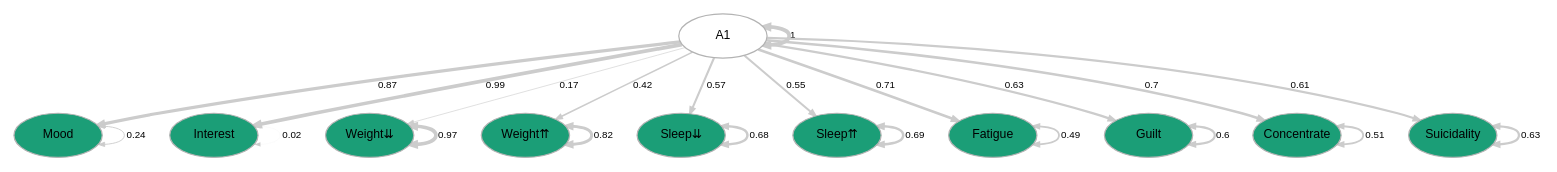
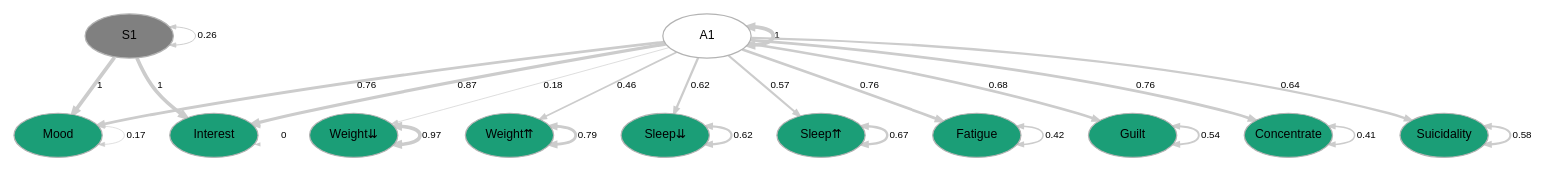
One commit to ccbs-stradl/mdd-symptom-gwas changed the diagram in mdd-symptom-gsem_files/ukb_cidi_commonfactor.gv. Above: the diagram before and after it, drawn with Graphviz. The commit also changed 14 other files, not shown here.

```diff
--- a/mdd-symptom-gsem_files/ukb_cidi_commonfactor.gv
+++ b/mdd-symptom-gsem_files/ukb_cidi_commonfactor.gv
@@ -1,56 +1,60 @@
 digraph {
 
 graph [layout = "dot",
        rankdir = "TB",
        outputorder = "edgesfirst",
        bgcolor = "white"]
 
 node [fontname = "Helvetica",
       fontsize = "10",
       shape = "circle",
       fixedsize = "true",
       width = "0.5",
       style = "filled",
       fillcolor = "aliceblue",
       color = "gray70",
       fontcolor = "gray50"]
 
 edge [fontname = "Helvetica",
      fontsize = "8",
      len = "1.5",
      color = "gray80",
      arrowsize = "0.5"]
 
   "1" [label = "A1", shape = "oval", width = "1", fillcolor = "white", fontcolor = "black"] 
-  "2" [label = "Mood", shape = "oval", width = "1", fillcolor = "#1b9e77", fontcolor = "black"] 
-  "3" [label = "Interest", shape = "oval", width = "1", fillcolor = "#1b9e77", fontcolor = "black"] 
-  "4" [label = "Weight⇊", shape = "oval", width = "1", fillcolor = "#1b9e77", fontcolor = "black"] 
-  "5" [label = "Weight⇈", shape = "oval", width = "1", fillcolor = "#1b9e77", fontcolor = "black"] 
-  "6" [label = "Sleep⇊", shape = "oval", width = "1", fillcolor = "#1b9e77", fontcolor = "black"] 
-  "7" [label = "Sleep⇈", shape = "oval", width = "1", fillcolor = "#1b9e77", fontcolor = "black"] 
-  "8" [label = "Fatigue", shape = "oval", width = "1", fillcolor = "#1b9e77", fontcolor = "black"] 
-  "9" [label = "Guilt", shape = "oval", width = "1", fillcolor = "#1b9e77", fontcolor = "black"] 
-  "10" [label = "Concentrate", shape = "oval", width = "1", fillcolor = "#1b9e77", fontcolor = "black"] 
-  "11" [label = "Suicidality", shape = "oval", width = "1", fillcolor = "#1b9e77", fontcolor = "black"] 
+  "2" [label = "S1", shape = "oval", width = "1", fillcolor = "grey", fontcolor = "black"] 
+  "3" [label = "Mood", shape = "oval", width = "1", fillcolor = "#1b9e77", fontcolor = "black"] 
+  "4" [label = "Interest", shape = "oval", width = "1", fillcolor = "#1b9e77", fontcolor = "black"] 
+  "5" [label = "Weight⇊", shape = "oval", width = "1", fillcolor = "#1b9e77", fontcolor = "black"] 
+  "6" [label = "Weight⇈", shape = "oval", width = "1", fillcolor = "#1b9e77", fontcolor = "black"] 
+  "7" [label = "Sleep⇊", shape = "oval", width = "1", fillcolor = "#1b9e77", fontcolor = "black"] 
+  "8" [label = "Sleep⇈", shape = "oval", width = "1", fillcolor = "#1b9e77", fontcolor = "black"] 
+  "9" [label = "Fatigue", shape = "oval", width = "1", fillcolor = "#1b9e77", fontcolor = "black"] 
+  "10" [label = "Guilt", shape = "oval", width = "1", fillcolor = "#1b9e77", fontcolor = "black"] 
+  "11" [label = "Concentrate", shape = "oval", width = "1", fillcolor = "#1b9e77", fontcolor = "black"] 
+  "12" [label = "Suicidality", shape = "oval", width = "1", fillcolor = "#1b9e77", fontcolor = "black"] 
 "1"->"1" [label = "1", penwidth = "3", dir = "both"] 
-"1"->"2" [label = "0.87", penwidth = "2.61146236862217", dir = "forward"] 
-"1"->"3" [label = "0.99", penwidth = "2.96318128531284", dir = "forward"] 
-"1"->"4" [label = "0.17", penwidth = "0.502010762736211", dir = "forward"] 
-"1"->"5" [label = "0.42", penwidth = "1.27387893873277", dir = "forward"] 
-"1"->"6" [label = "0.57", penwidth = "1.70925336911864", dir = "forward"] 
-"1"->"7" [label = "0.55", penwidth = "1.65980087869007", dir = "forward"] 
-"1"->"8" [label = "0.71", penwidth = "2.13642794349472", dir = "forward"] 
-"1"->"9" [label = "0.63", penwidth = "1.89961552177294", dir = "forward"] 
-"1"->"10" [label = "0.7", penwidth = "2.10162845516194", dir = "forward"] 
-"1"->"11" [label = "0.61", penwidth = "1.82968337755774", dir = "forward"] 
-"2"->"2" [label = "0.24", penwidth = "0.72675497267186", dir = "both"] 
-"3"->"3" [label = "0.02", penwidth = "0.0731855443883617", dir = "both"] 
-"4"->"4" [label = "0.97", penwidth = "2.91600044510908", dir = "both"] 
-"5"->"5" [label = "0.82", penwidth = "2.4590763552315", dir = "both"] 
-"6"->"6" [label = "0.68", penwidth = "2.02613969686873", dir = "both"] 
-"7"->"7" [label = "0.69", penwidth = "2.08168973477537", dir = "both"] 
-"8"->"8" [label = "0.49", penwidth = "1.47855915371992", dir = "both"] 
-"9"->"9" [label = "0.6", penwidth = "1.79715362889942", dir = "both"] 
-"10"->"10" [label = "0.51", penwidth = "1.52772032471201", dir = "both"] 
-"11"->"11" [label = "0.63", penwidth = "1.88408783763102", dir = "both"] 
+"1"->"3" [label = "0.76", penwidth = "2.27358024598545", dir = "forward"] 
+"1"->"4" [label = "0.87", penwidth = "2.59971665960552", dir = "forward"] 
+"1"->"5" [label = "0.18", penwidth = "0.534202383755795", dir = "forward"] 
+"1"->"6" [label = "0.46", penwidth = "1.36964330970695", dir = "forward"] 
+"1"->"7" [label = "0.62", penwidth = "1.85890299780663", dir = "forward"] 
+"1"->"8" [label = "0.57", penwidth = "1.71974200316354", dir = "forward"] 
+"1"->"9" [label = "0.76", penwidth = "2.29367055937047", dir = "forward"] 
+"1"->"10" [label = "0.68", penwidth = "2.04209482675688", dir = "forward"] 
+"1"->"11" [label = "0.76", penwidth = "2.29478831762078", dir = "forward"] 
+"1"->"12" [label = "0.64", penwidth = "1.93348728662594", dir = "forward"] 
+"2"->"2" [label = "0.26", penwidth = "0.775223925513722", dir = "both"] 
+"2"->"3" [label = "1", penwidth = "3", dir = "forward"] 
+"2"->"4" [label = "1", penwidth = "3", dir = "forward"] 
+"3"->"3" [label = "0.17", penwidth = "0.50171960932473", dir = "both"] 
+"4"->"4" [label = "0", penwidth = "0.0030012026796101", dir = "both"] 
+"5"->"5" [label = "0.97", penwidth = "2.90487503854937", dir = "both"] 
+"6"->"6" [label = "0.79", penwidth = "2.37469310323469", dir = "both"] 
+"7"->"7" [label = "0.62", penwidth = "1.84813294650782", dir = "both"] 
+"8"->"8" [label = "0.67", penwidth = "2.01416792499206", dir = "both"] 
+"9"->"9" [label = "0.42", penwidth = "1.24636328648197", dir = "both"] 
+"10"->"10" [label = "0.54", penwidth = "1.60994795294331", dir = "both"] 
+"11"->"11" [label = "0.41", penwidth = "1.24464555443488", dir = "both"] 
+"12"->"12" [label = "0.58", penwidth = "1.75386051421905", dir = "both"] 
 }
```
